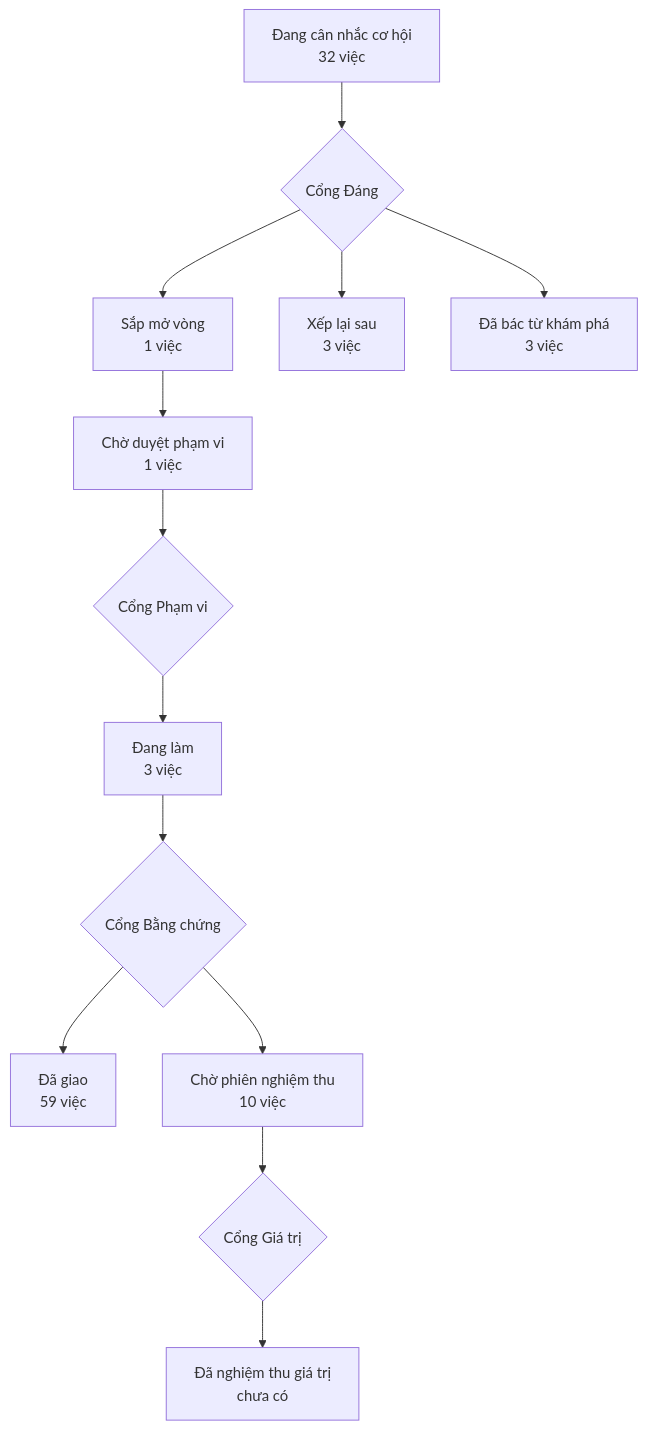
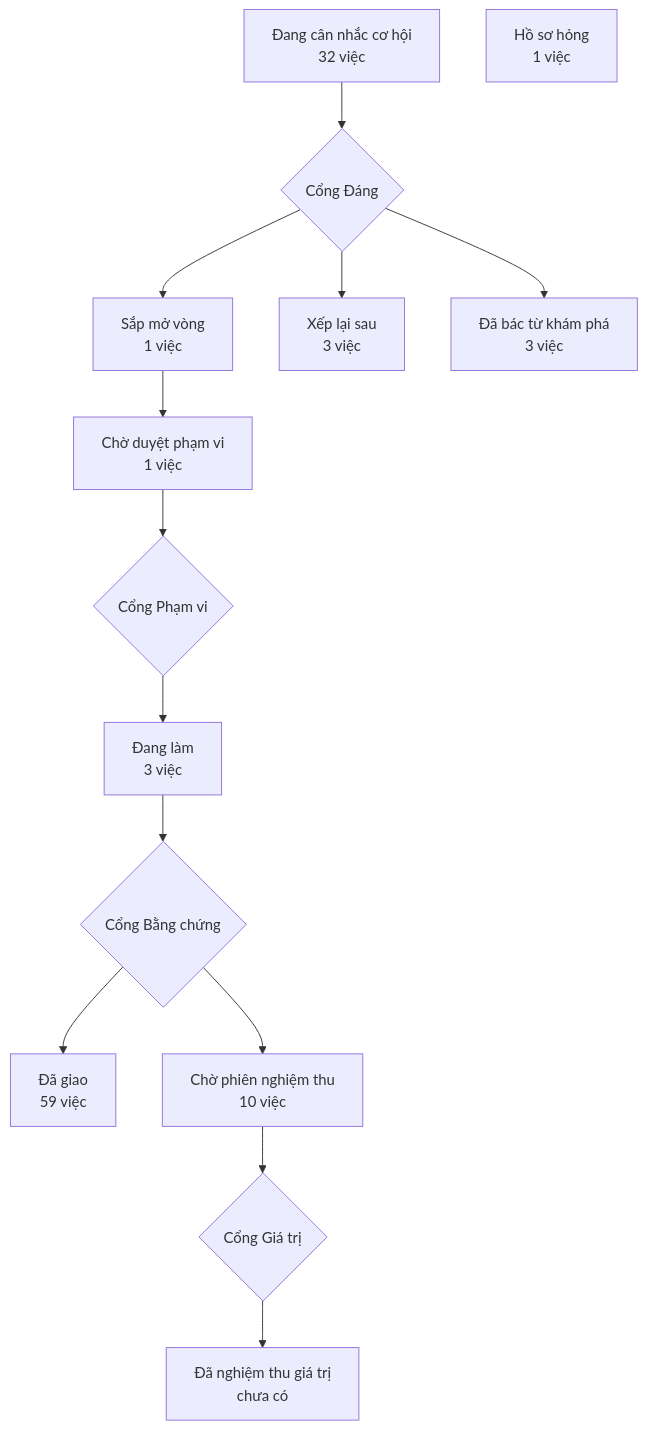
One commit to phanlemanh/acceptance-gate-kit changed the diagram in PRODUCT-MAP.md. Above: the diagram before and after it, drawn with Mermaid. The commit also changed other lines of this file and 4 other files, not shown here.

````diff
--- a/PRODUCT-MAP.md
+++ b/PRODUCT-MAP.md
@@ -6,12 +6,13 @@
 ```mermaid
 flowchart TD
   A["Đang cân nhắc cơ hội<br/>32 việc"] --> GD{"Cổng Đáng"}
   GD --> B["Sắp mở vòng<br/>1 việc"]
   GD --> XL["Xếp lại sau<br/>3 việc"]
   GD --> DB["Đã bác từ khám phá<br/>3 việc"]
   B --> CD["Chờ duyệt phạm vi<br/>1 việc"] --> GP{"Cổng Phạm vi"}
   GP --> DL["Đang làm<br/>3 việc"] --> GB{"Cổng Bằng chứng"}
   GB --> DG["Đã giao<br/>59 việc"]
   GB --> CN["Chờ phiên nghiệm thu<br/>10 việc"] --> GG{"Cổng Giá trị"}
   GG --> NT["Đã nghiệm thu giá trị<br/>chưa có"]
+  HS["Hồ sơ hỏng<br/>1 việc"]
 ```
````
